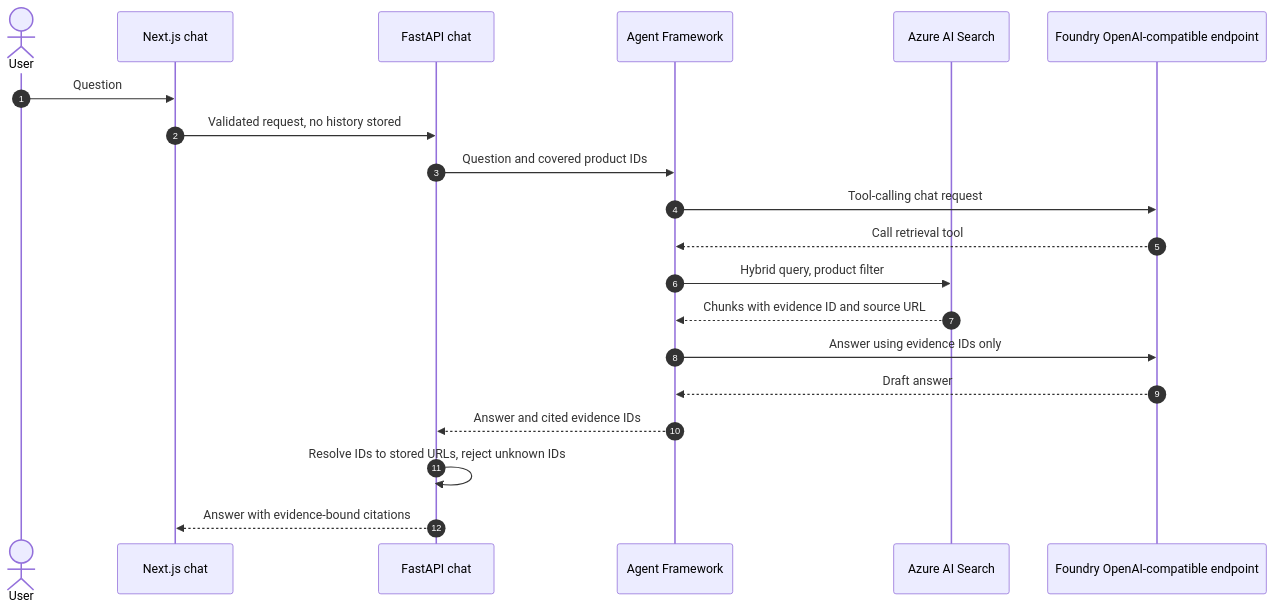
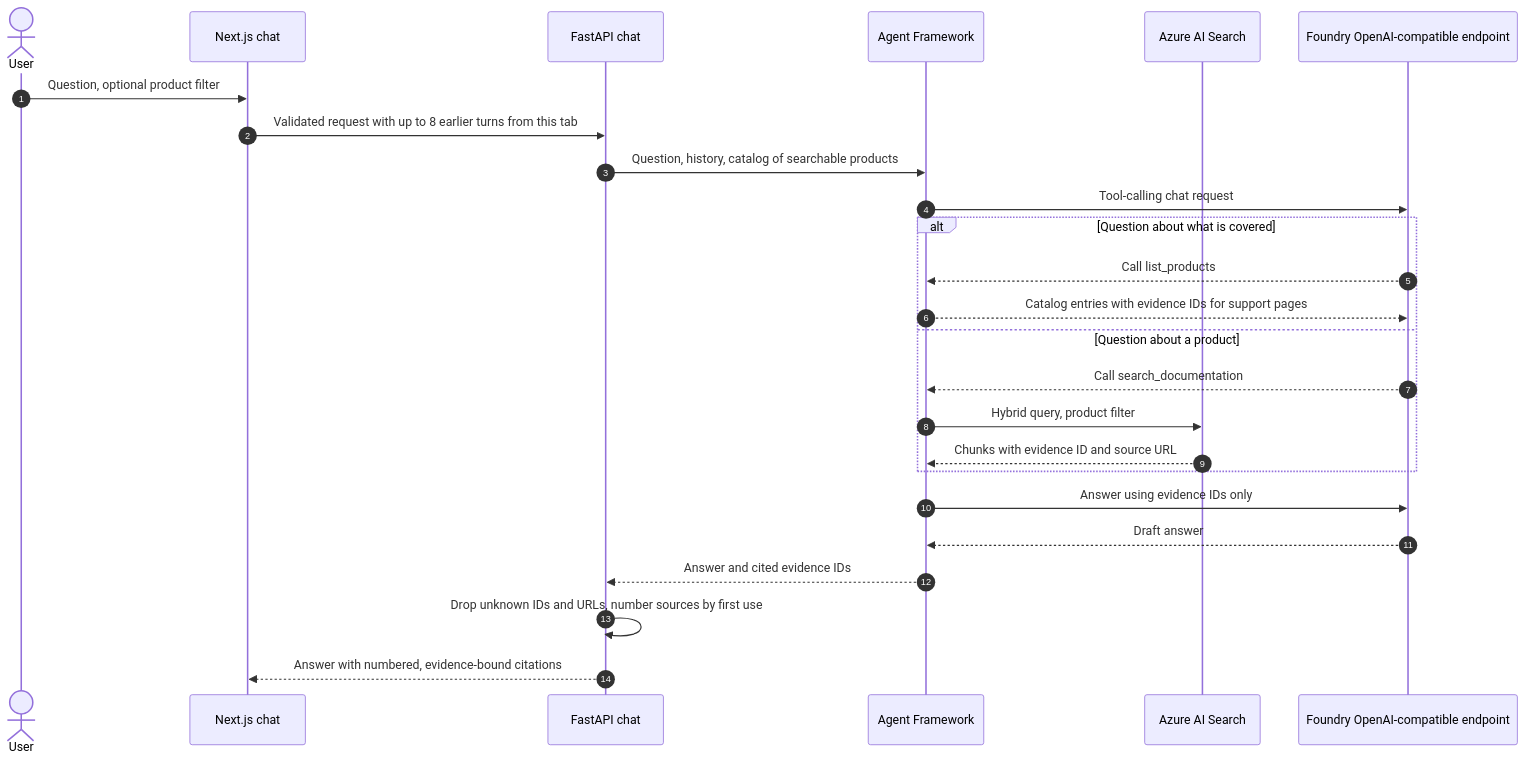
Before and after one commit to ubk1004/product-support-agent: the sixth of 9 diagrams in docs/architecture/architecture-overview.md, drawn with Mermaid. The commit also changed other lines of this file and 38 other files, not shown here.

First line of the commit message:
Add demo recording functionality and product catalog for support agent

````diff
--- a/docs/architecture/architecture-overview.md
+++ b/docs/architecture/architecture-overview.md
@@ -250,23 +254,28 @@
 ```mermaid
 sequenceDiagram
     autonumber
     actor User
     participant UI as Next.js chat
     participant API as FastAPI chat
     participant Agent as Agent Framework
     participant Search as Azure AI Search
     participant Foundry as Foundry OpenAI-compatible endpoint
 
-    User->>UI: Question
-    UI->>API: Validated request, no history stored
-    API->>Agent: Question and covered product IDs
+    User->>UI: Question, optional product filter
+    UI->>API: Validated request with up to 8 earlier turns from this tab
+    API->>Agent: Question, history, catalog of searchable products
     Agent->>Foundry: Tool-calling chat request
-    Foundry-->>Agent: Call retrieval tool
-    Agent->>Search: Hybrid query, product filter
-    Search-->>Agent: Chunks with evidence ID and source URL
+    alt Question about what is covered
+        Foundry-->>Agent: Call list_products
+        Agent-->>Foundry: Catalog entries with evidence IDs for support pages
+    else Question about a product
+        Foundry-->>Agent: Call search_documentation
+        Agent->>Search: Hybrid query, product filter
+        Search-->>Agent: Chunks with evidence ID and source URL
+    end
     Agent->>Foundry: Answer using evidence IDs only
     Foundry-->>Agent: Draft answer
     Agent-->>API: Answer and cited evidence IDs
-    API->>API: Resolve IDs to stored URLs, reject unknown IDs
-    API-->>UI: Answer with evidence-bound citations
+    API->>API: Drop unknown IDs and URLs, number sources by first use
+    API-->>UI: Answer with numbered, evidence-bound citations
 ```
````
